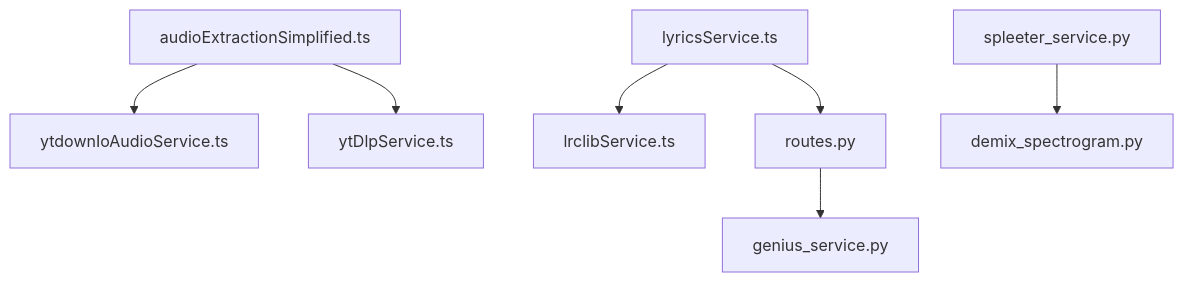
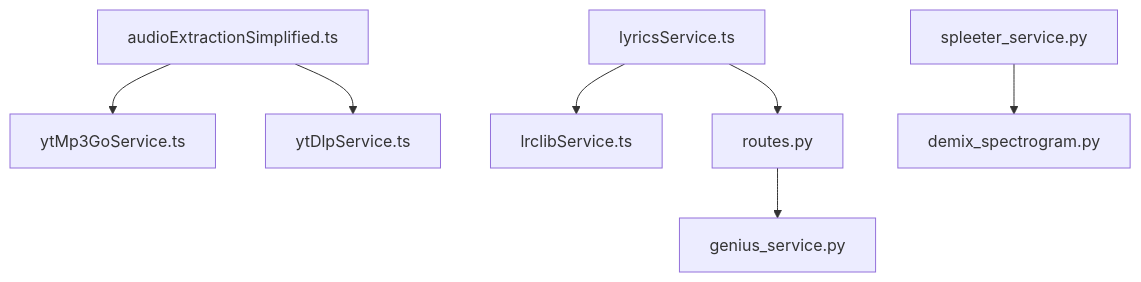
The seventh of 7 diagrams in .qoder/repowiki/en/content/Backend Services/External Integrations.md (ptnghia-j/ChordMiniApp), drawn with Mermaid before and after one commit. The commit also changed other lines of this file and 18 other files, not shown here.

````diff
--- a/.qoder/repowiki/en/content/Backend Services/External Integrations.md
+++ b/.qoder/repowiki/en/content/Backend Services/External Integrations.md
@@ -333,9 +333,9 @@
 ```mermaid
 graph TB
-FE_EX["audioExtractionSimplified.ts"] --> YTIO["ytdownIoAudioService.ts"]
+FE_EX["audioExtractionSimplified.ts"] --> YTMP3["ytMp3GoService.ts"]
 FE_EX --> YTDL["ytDlpService.ts"]
 FE_LY["lyricsService.ts"] --> LRCL["lrclibService.ts"]
 FE_LY --> BE_RT["routes.py"]
 BE_RT --> GI["genius_service.py"]
 BE_SPL["spleeter_service.py"] --> DEM["demix_spectrogram.py"]
 ```
````
